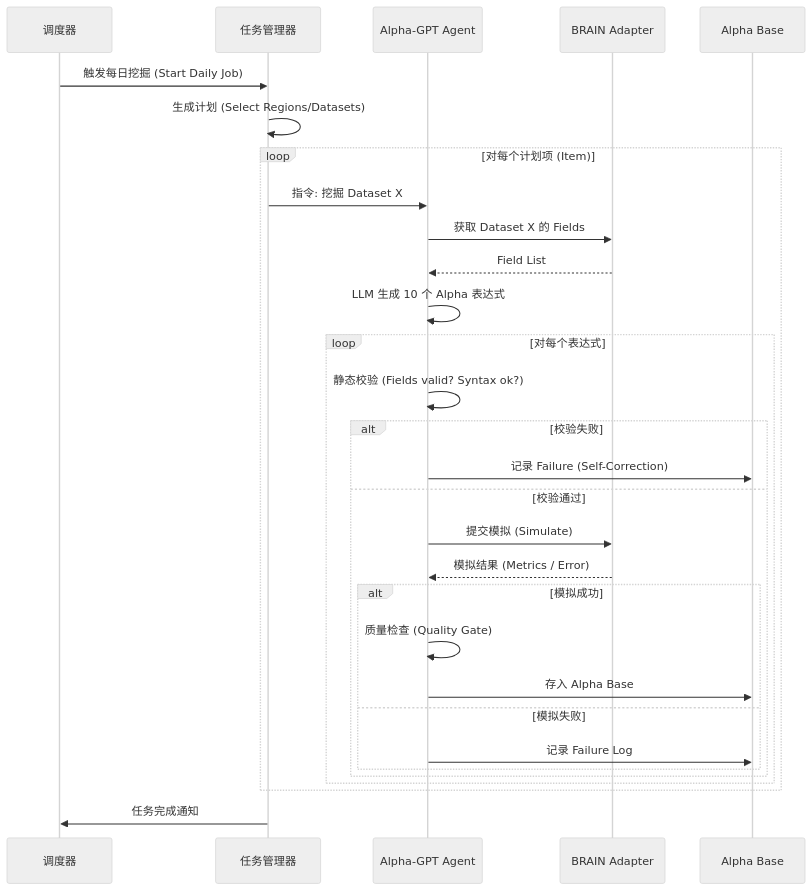
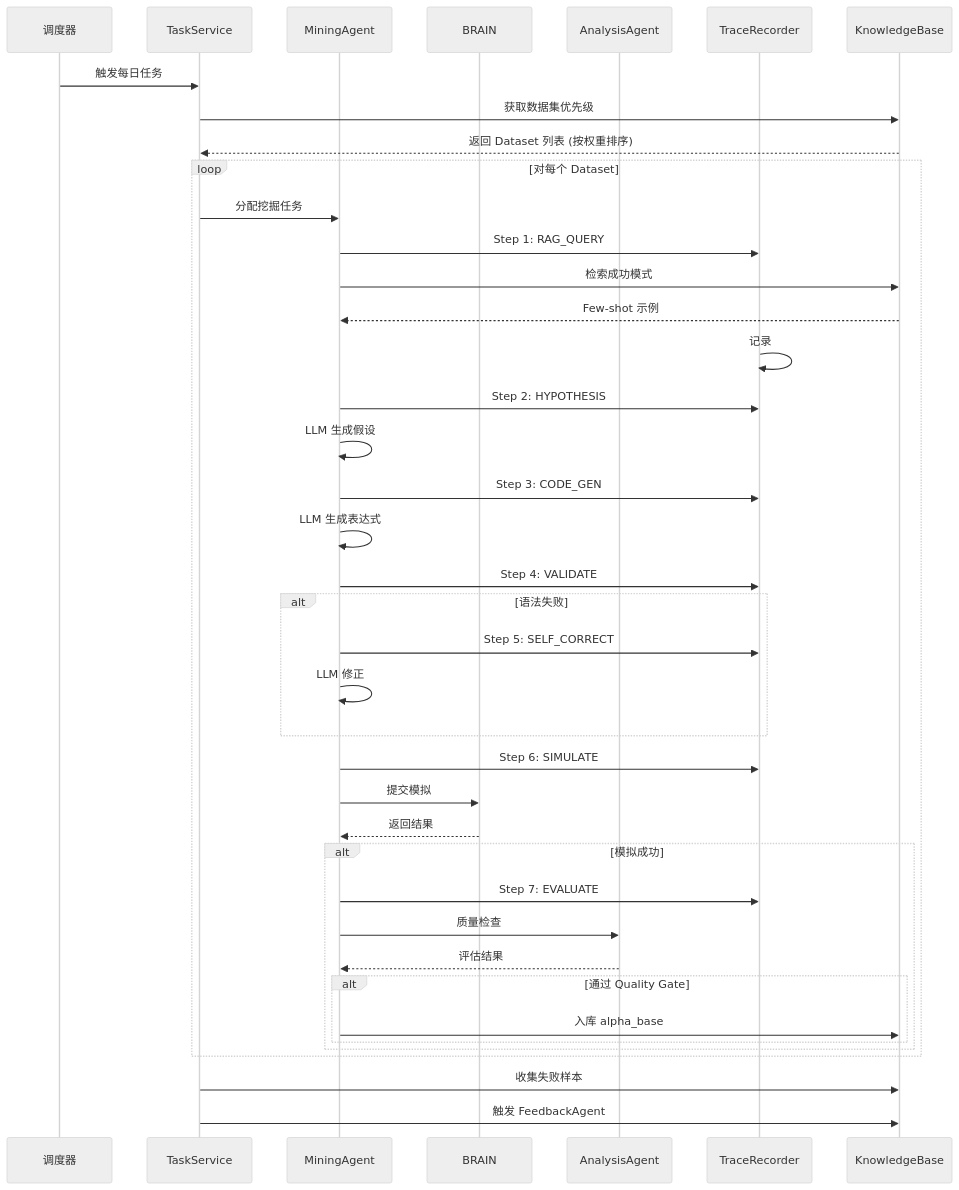
The fourth of 5 diagrams in data/详细设计说明文档.md (chengzhi43/worldquant-alpha-aiac), drawn with Mermaid (neutral theme) before and after one commit. The commit also changed other lines of this file and 3 other files, not shown here.

````diff
--- a/data/详细设计说明文档.md
+++ b/data/详细设计说明文档.md
@@ -190,38 +360,51 @@
 ```mermaid
 sequenceDiagram
     participant Scheduler as 调度器
-    participant TaskMgr as 任务管理器
-    participant Agent as Alpha-GPT Agent
-    participant Brain as BRAIN Adapter
-    participant DB as Alpha Base
+    participant Task as TaskService
+    participant Mining as MiningAgent
+    participant Brain as BRAIN
+    participant Analysis as AnalysisAgent
+    participant Trace as TraceRecorder
+    participant KB as KnowledgeBase
 
-    Scheduler->>TaskMgr: 触发每日挖掘 (Start Daily Job)
-    TaskMgr->>TaskMgr: 生成计划 (Select Regions/Datasets)
-    
-    loop 对每个计划项 (Item)
-        TaskMgr->>Agent: 指令: 挖掘 Dataset X
-        Agent->>Brain: 获取 Dataset X 的 Fields
-        Brain-->>Agent:Field List
-        
-        Agent->>Agent: LLM 生成 10 个 Alpha 表达式
-        
-        loop 对每个表达式
-            Agent->>Agent: 静态校验 (Fields valid? Syntax ok?)
-            alt 校验失败
-                Agent->>DB: 记录 Failure (Self-Correction)
-            else 校验通过
-                Agent->>Brain: 提交模拟 (Simulate)
-                Brain-->>Agent: 模拟结果 (Metrics / Error)
-                
-                alt 模拟成功
-                    Agent->>Agent: 质量检查 (Quality Gate)
-                    Agent->>DB: 存入 Alpha Base
-                else 模拟失败
-                    Agent->>DB: 记录 Failure Log
-                end
+    Scheduler->>Task: 触发每日任务
+    Task->>KB: 获取数据集优先级
+    KB-->>Task: 返回 Dataset 列表 (按权重排序)
+
+    loop 对每个 Dataset
+        Task->>Mining: 分配挖掘任务
+        Mining->>Trace: Step 1: RAG_QUERY
+        Mining->>KB: 检索成功模式
+        KB-->>Mining: Few-shot 示例
+        Trace->>Trace: 记录
+
+        Mining->>Trace: Step 2: HYPOTHESIS
+        Mining->>Mining: LLM 生成假设
+
+        Mining->>Trace: Step 3: CODE_GEN
+        Mining->>Mining: LLM 生成表达式
+
+        Mining->>Trace: Step 4: VALIDATE
+        alt 语法失败
+            Mining->>Trace: Step 5: SELF_CORRECT
+            Mining->>Mining: LLM 修正
+        end
+
+        Mining->>Trace: Step 6: SIMULATE
+        Mining->>Brain: 提交模拟
+        Brain-->>Mining: 返回结果
+
+        alt 模拟成功
+            Mining->>Trace: Step 7: EVALUATE
+            Mining->>Analysis: 质量检查
+            Analysis-->>Mining: 评估结果
+            
+            alt 通过 Quality Gate
+                Mining->>KB: 入库 alpha_base
             end
         end
     end
-    
-    TaskMgr->>Scheduler: 任务完成通知
+
+    Task->>KB: 收集失败样本
+    Task->>KB: 触发 FeedbackAgent
 ```
````
